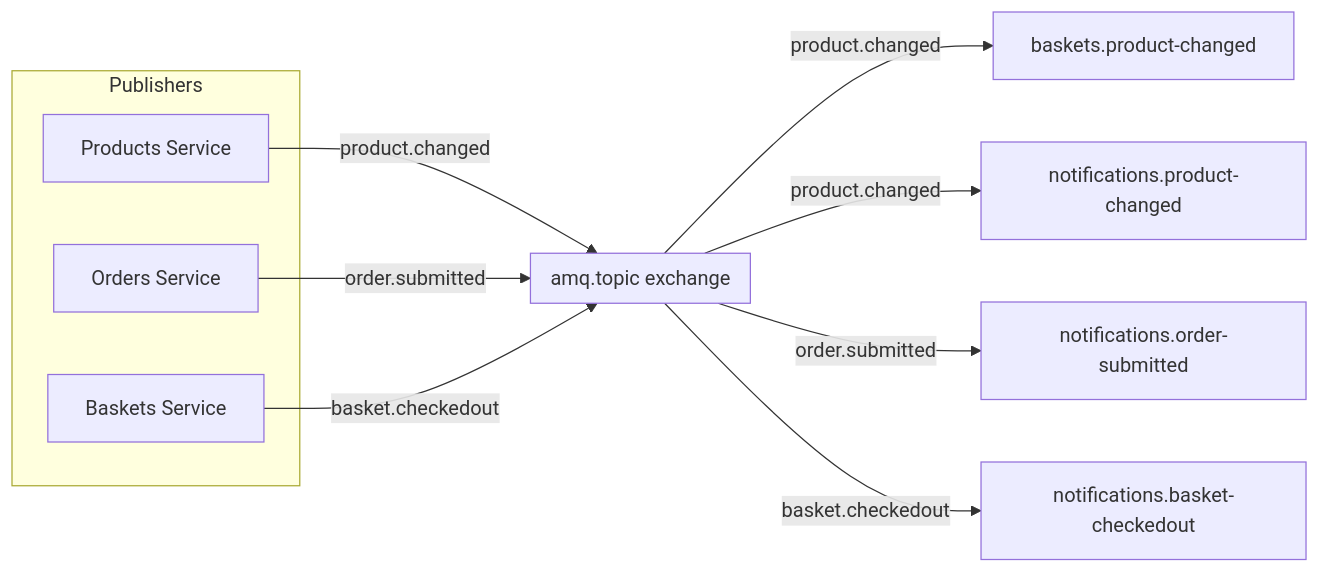
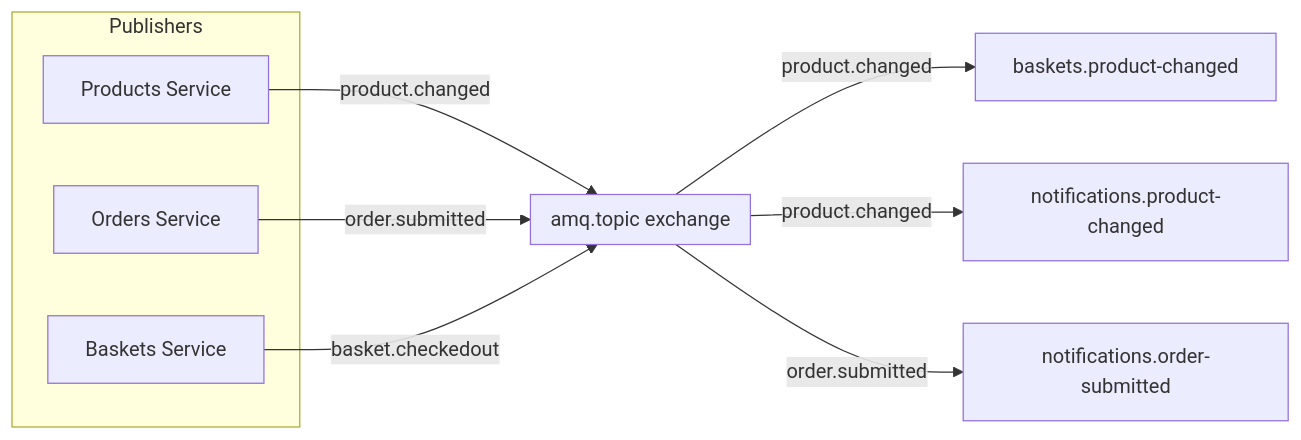
Before and after one commit to rahomi/Demo-MicroServices: the diagram in docs/notes/02-rabbitmq-messaging-topology.md, drawn with Mermaid. The commit also changed other lines of this file and 8 other files, not shown here.

````diff
--- a/docs/notes/02-rabbitmq-messaging-topology.md
+++ b/docs/notes/02-rabbitmq-messaging-topology.md
@@ -31,21 +31,20 @@
 ```mermaid
 flowchart LR
     subgraph Publishers
         Products["Products Service"]
         Orders["Orders Service"]
         Baskets["Baskets Service"]
     end
 
     subgraph Exchange["amq.topic exchange"]
         direction TB
     end
 
     Products -->|"product.changed"| Exchange
     Orders -->|"order.submitted"| Exchange
     Baskets -->|"basket.checkedout"| Exchange
 
     Exchange -->|"product.changed"| BasketsQ["baskets.product-changed"]
     Exchange -->|"product.changed"| NotifQ1["notifications.product-changed"]
     Exchange -->|"order.submitted"| NotifQ2["notifications.order-submitted"]
-    Exchange -->|"basket.checkedout"| NotifQ3["notifications.basket-checkedout"]
 ```
````
